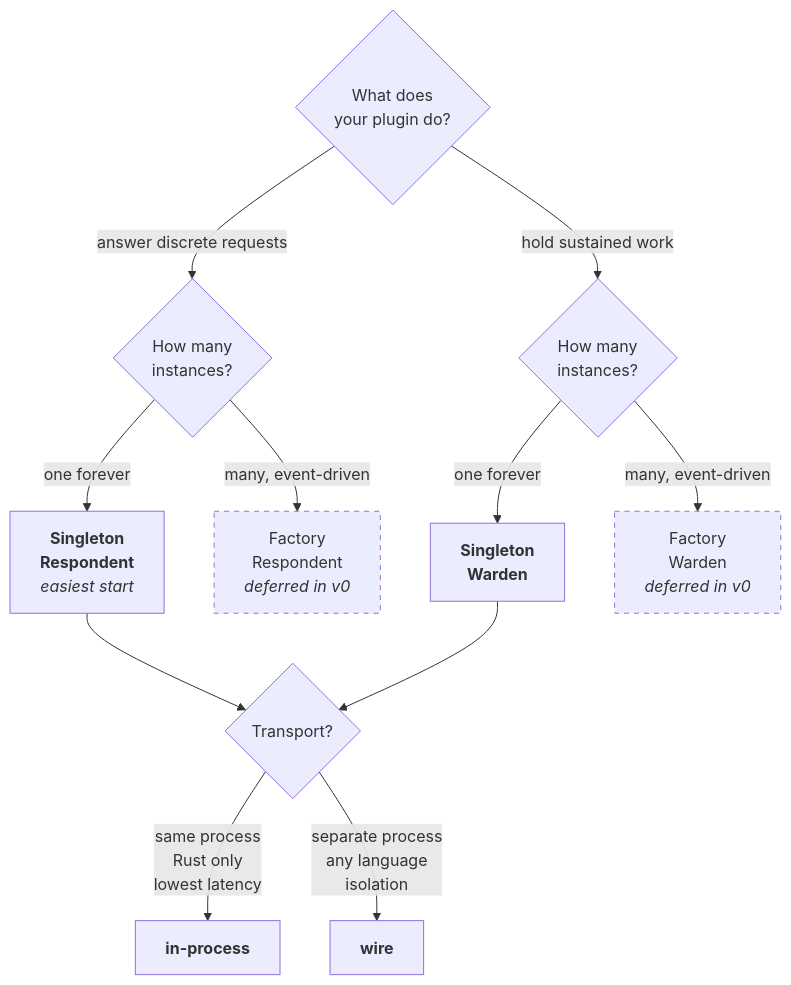
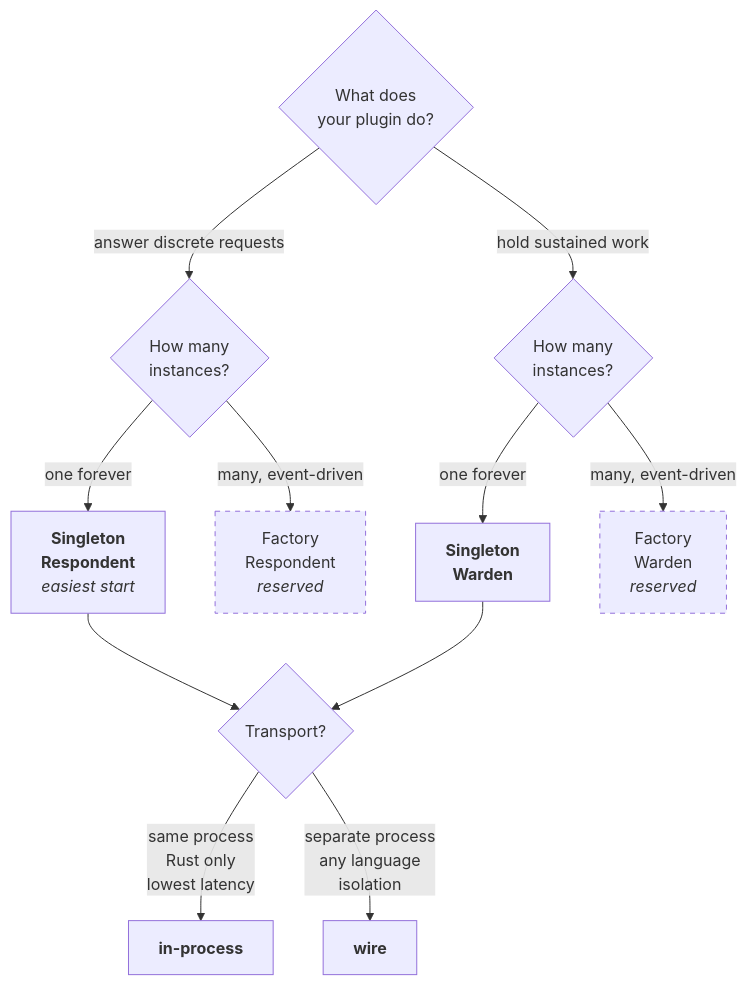
Before and after one commit to foonerd/evo-core: the diagram in docs/engineering/PLUGIN_AUTHORING.md, drawn with Mermaid. The commit also changed other lines of this file and 14 other files, not shown here.

````diff
--- a/docs/engineering/PLUGIN_AUTHORING.md
+++ b/docs/engineering/PLUGIN_AUTHORING.md
@@ -32,20 +32,20 @@
 ```mermaid
 flowchart TD
     Q1{What does<br/>your plugin do?}
     Q1 -->|answer discrete requests| R{How many<br/>instances?}
     Q1 -->|hold sustained work| W{How many<br/>instances?}
 
     R -->|one forever| SR[<b>Singleton<br/>Respondent</b><br/><i>easiest start</i>]
-    R -->|many, event-driven| FR[Factory<br/>Respondent<br/><i>deferred in v0</i>]
+    R -->|many, event-driven| FR[Factory<br/>Respondent<br/><i>reserved</i>]
     W -->|one forever| SW[<b>Singleton<br/>Warden</b>]
-    W -->|many, event-driven| FW[Factory<br/>Warden<br/><i>deferred in v0</i>]
+    W -->|many, event-driven| FW[Factory<br/>Warden<br/><i>reserved</i>]
 
     SR --> T{Transport?}
     SW --> T
 
     T -->|same process<br/>Rust only<br/>lowest latency| IP[<b>in-process</b>]
     T -->|separate process<br/>any language<br/>isolation| WT[<b>wire</b>]
 
     style FR stroke-dasharray: 5 5
     style FW stroke-dasharray: 5 5
 ```
````
